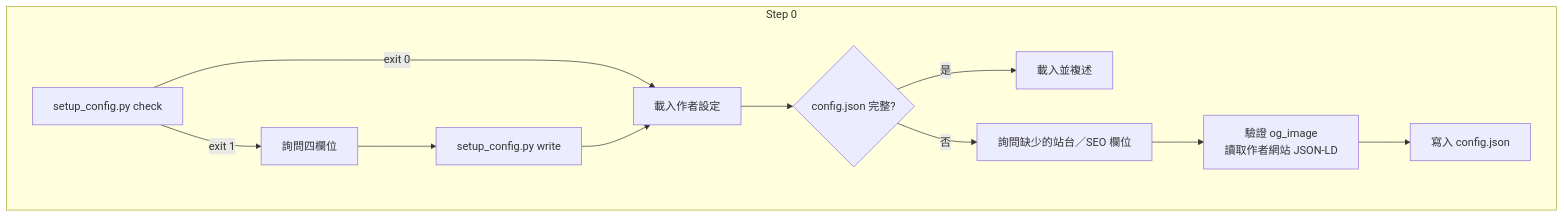
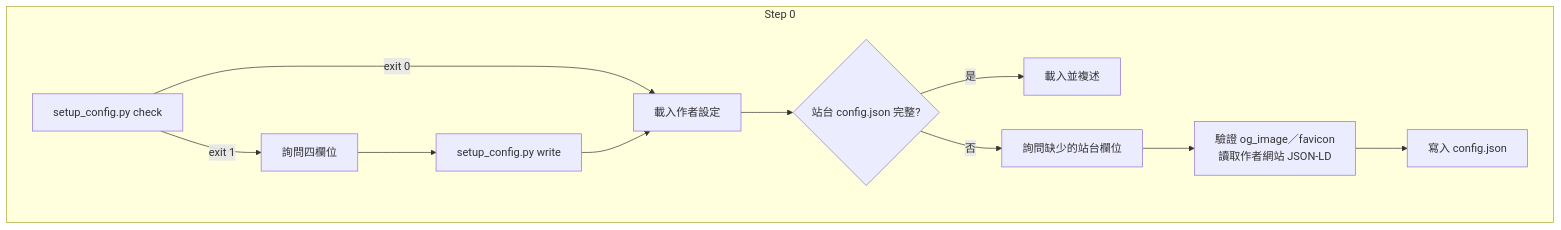
The third of 9 diagrams in doc/architecture.zh.md (agenvoy/skill-wiki-generate), drawn with Mermaid before and after one commit. The commit also changed other lines of this file and 13 other files, not shown here.

````diff
--- a/doc/architecture.zh.md
+++ b/doc/architecture.zh.md
@@ -53,14 +55,14 @@
 ```mermaid
 graph TB
     subgraph Setup[Step 0]
         A1[setup_config.py check] -->|exit 0| A2[載入作者設定]
         A1 -->|exit 1| A3[詢問四欄位]
         A3 --> A4[setup_config.py write]
         A4 --> A2
-        A2 --> B1{config.json 完整?}
+        A2 --> B1{站台 config.json 完整?}
         B1 -->|是| B2[載入並複述]
-        B1 -->|否| B3[詢問缺少的站台／SEO 欄位]
-        B3 --> B4[驗證 og_image<br/>讀取作者網站 JSON-LD]
+        B1 -->|否| B3[詢問缺少的站台欄位]
+        B3 --> B4[驗證 og_image／favicon<br/>讀取作者網站 JSON-LD]
         B4 --> B5[寫入 config.json]
     end
 ```
````
